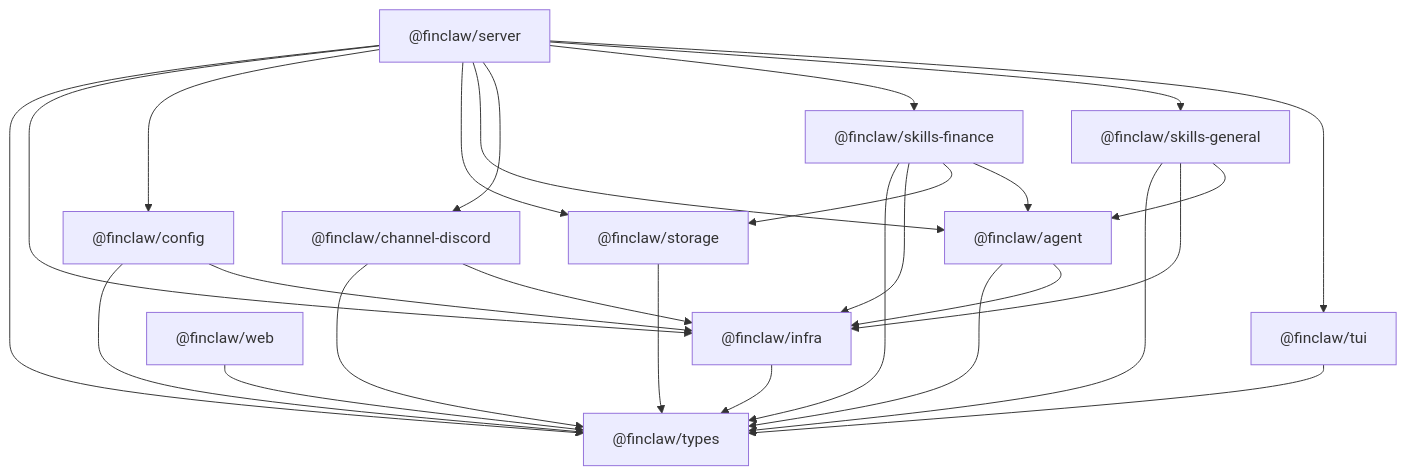
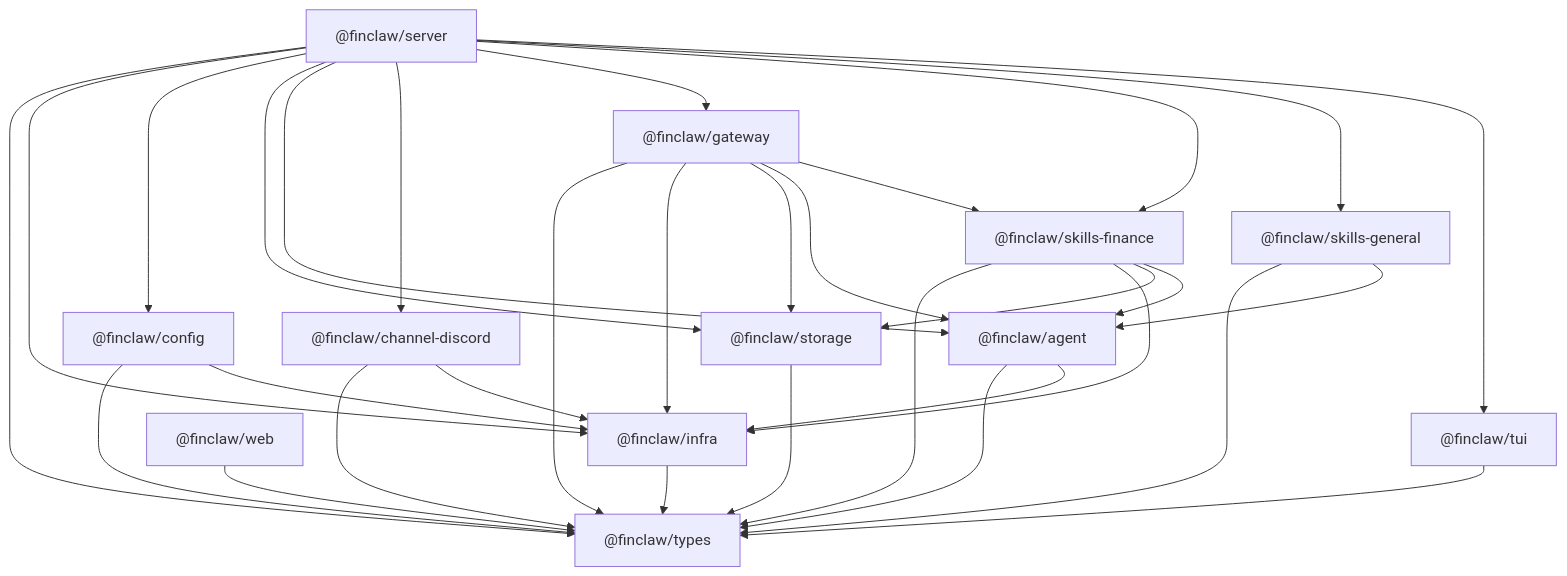
The first of 2 diagrams in README.md (Nyam2C/FinClaw), drawn with Mermaid before and after one commit. The commit also changed other lines of this file and 20 other files, not shown here.

````diff
--- a/README.md
+++ b/README.md
@@ -140,42 +136,48 @@
 ```mermaid
 graph TD
   types["@finclaw/types"]
   infra["@finclaw/infra"]
   config["@finclaw/config"]
   storage["@finclaw/storage"]
   agent["@finclaw/agent"]
   channelDiscord["@finclaw/channel-discord"]
   skillsFinance["@finclaw/skills-finance"]
   skillsGeneral["@finclaw/skills-general"]
+  gateway["@finclaw/gateway"]
   server["@finclaw/server"]
   tui["@finclaw/tui"]
   web["@finclaw/web"]
 
   infra --> types
   config --> types
   config --> infra
   storage --> types
   agent --> types
   agent --> infra
   channelDiscord --> types
   channelDiscord --> infra
   skillsFinance --> types
   skillsFinance --> infra
   skillsFinance --> storage
   skillsFinance --> agent
   skillsGeneral --> types
-  skillsGeneral --> infra
   skillsGeneral --> agent
+  gateway --> types
+  gateway --> infra
+  gateway --> storage
+  gateway --> agent
+  gateway --> skillsFinance
   tui --> types
   web --> types
 
   server --> types
   server --> infra
   server --> config
   server --> storage
   server --> agent
   server --> channelDiscord
+  server --> gateway
   server --> skillsFinance
   server --> skillsGeneral
   server --> tui
 ```
````
